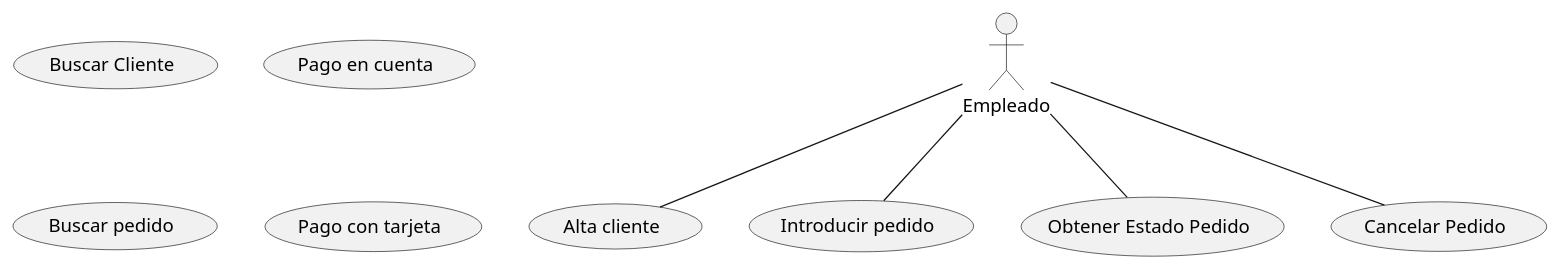
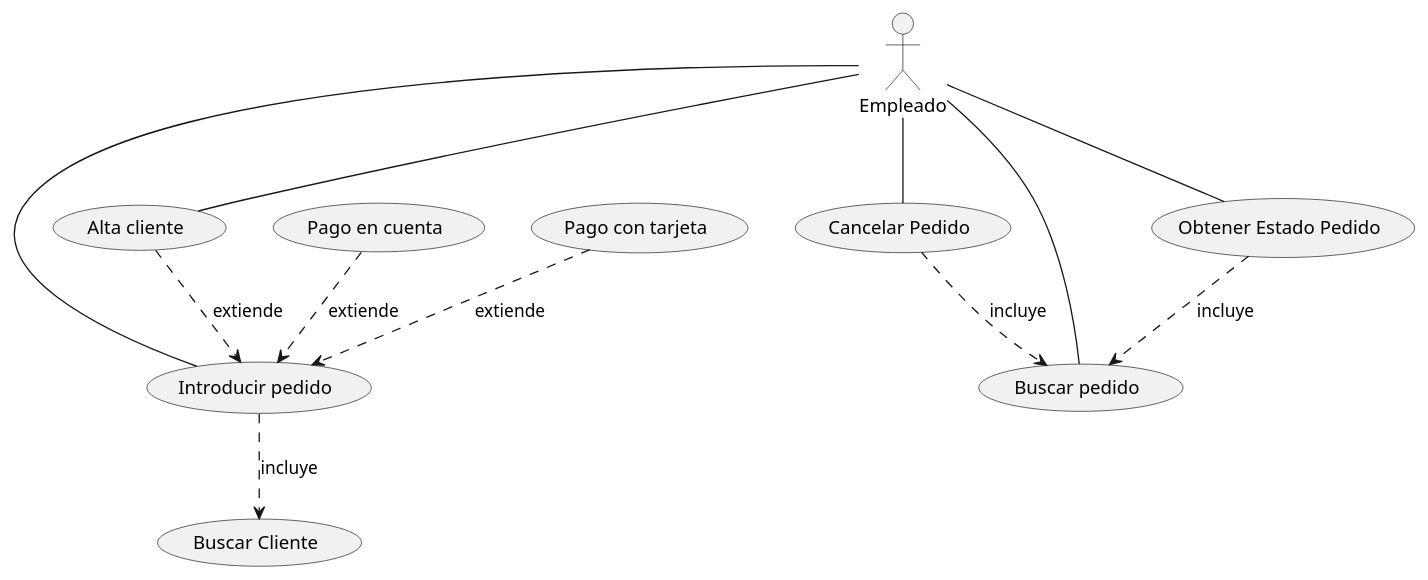
The diagram in src/Ejemplo 8.puml (moevius237/PracticaUML2), drawn with PlantUML before and after one commit.

Commit message:
duodecimo Commit subimos añadimos todas las relaciones faltantes al octavo ejemplo

```diff
--- a/src/Ejemplo 8.puml
+++ b/src/Ejemplo 8.puml
@@ -1,15 +1,22 @@
 @startuml
 :Empleado:
 usecase (Alta cliente)
 usecase (Introducir pedido)
 usecase (Obtener Estado Pedido)
 usecase (Cancelar Pedido)
 usecase (Buscar Cliente)
 usecase (Pago en cuenta)
 usecase (Buscar pedido)
 usecase (Pago con tarjeta)
 :Empleado: -- (Alta cliente)
 :Empleado: -- (Introducir pedido)
 :Empleado: -- (Obtener Estado Pedido)
 :Empleado: -- (Cancelar Pedido)
+:Empleado: -- (Buscar pedido)
+(Alta cliente) ..> (Introducir pedido):extiende
+(Introducir pedido) ..> (Buscar Cliente):incluye
+(Pago con tarjeta) ..>(Introducir pedido):extiende
+(Pago en cuenta)..> (Introducir pedido):extiende
+(Obtener Estado Pedido)..>(Buscar pedido):incluye
+(Cancelar Pedido)..>(Buscar pedido):incluye
 @enduml
```
